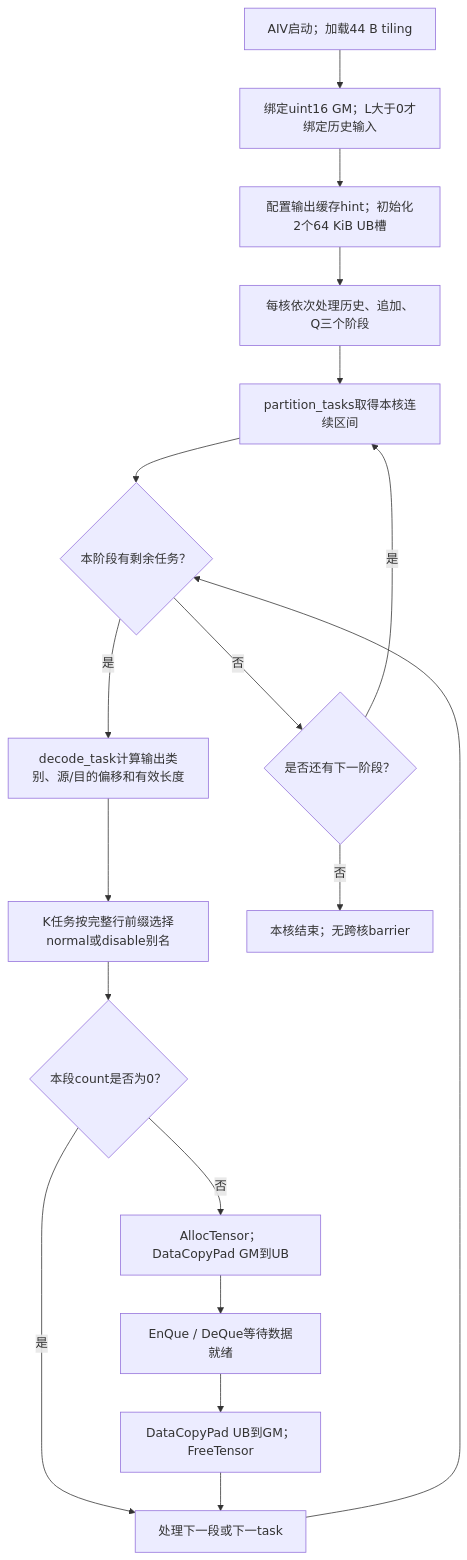
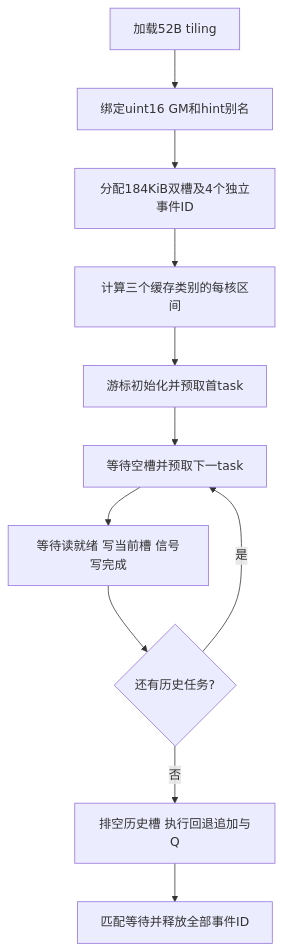
One commit to swenzhai/xllm changed the third of 3 diagrams in task_submission/0 T5QKV拆分与缓存追加算子设计文档.md. Above: the diagram before and after it, drawn with Mermaid. The commit also changed other lines of this file and 30 other files, not shown here.

````diff
--- a/task_submission/0 T5QKV拆分与缓存追加算子设计文档.md
+++ b/task_submission/0 T5QKV拆分与缓存追加算子设计文档.md
@@ -253,20 +227,13 @@
 ```mermaid
 flowchart TD
-    A["AIV启动；加载44 B tiling"] --> B["绑定uint16 GM；L大于0才绑定历史输入"]
-    B --> C["配置输出缓存hint；初始化2个64 KiB UB槽"]
-    C --> D["每核依次处理历史、追加、Q三个阶段"]
-    D --> E["partition_tasks取得本核连续区间"]
-    E --> F{"本阶段有剩余任务？"}
-    F -- 是 --> G["decode_task计算输出类别、源/目的偏移和有效长度"]
-    G --> H["K任务按完整行前缀选择normal或disable别名"]
-    H --> I{"本段count是否为0？"}
-    I -- 是 --> M["处理下一段或下一task"]
-    I -- 否 --> J["AllocTensor；DataCopyPad GM到UB"]
-    J --> K["EnQue / DeQue等待数据就绪"]
-    K --> L["DataCopyPad UB到GM；FreeTensor"]
-    L --> M
-    M --> F
-    F -- 否 --> N{"是否还有下一阶段？"}
-    N -- 是 --> E
-    N -- 否 --> O["本核结束；无跨核barrier"]
+  A[加载52B tiling] --> B[绑定uint16 GM和hint别名]
+  B --> C[分配184KiB双槽及4个独立事件ID]
+  C --> D[计算三个缓存类别的每核区间]
+  D --> E[游标初始化并预取首task]
+  E --> F[等待空槽并预取下一task]
+  F --> G[等待读就绪 写当前槽 信号写完成]
+  G --> H{还有历史任务?}
+  H -- 是 --> F
+  H -- 否 --> I[排空历史槽 执行回退追加与Q]
+  I --> J[匹配等待并释放全部事件ID]
 ```
````
